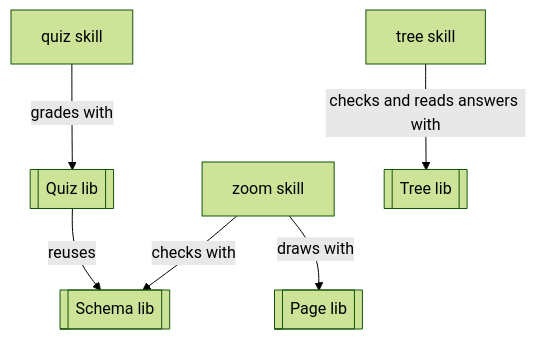
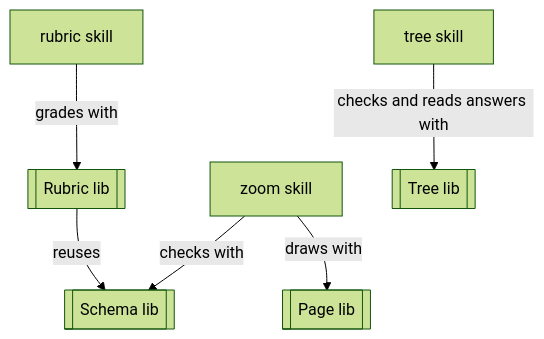
One commit to kalaluthien/mumu-claude-plugin changed the second of 3 diagrams in README.md. Above: the diagram before and after it, drawn with Mermaid (forest theme). The commit also changed other lines of this file and 52 other files, not shown here.

First line of the commit message:
Rename paperwork:quiz skill to rubric (#1008) (#1010)

````diff
--- a/README.md
+++ b/README.md
@@ -78,15 +78,15 @@
 ```mermaid
 flowchart TB
   n_zoom["zoom skill"]
-  n_quiz["quiz skill"]
+  n_rubric["rubric skill"]
   n_schema[["Schema lib"]]
   n_page[["Page lib"]]
-  n_spec[["Quiz lib"]]
+  n_spec[["Rubric lib"]]
   n_tree["tree skill"]
   n_plan[["Tree lib"]]
   n_zoom -->|"checks with"| n_schema
   n_zoom -->|"draws with"| n_page
-  n_quiz -->|"grades with"| n_spec
+  n_rubric -->|"grades with"| n_spec
   n_spec -->|"reuses"| n_schema
   n_tree -->|"checks and reads answers with"| n_plan
 ```
````
